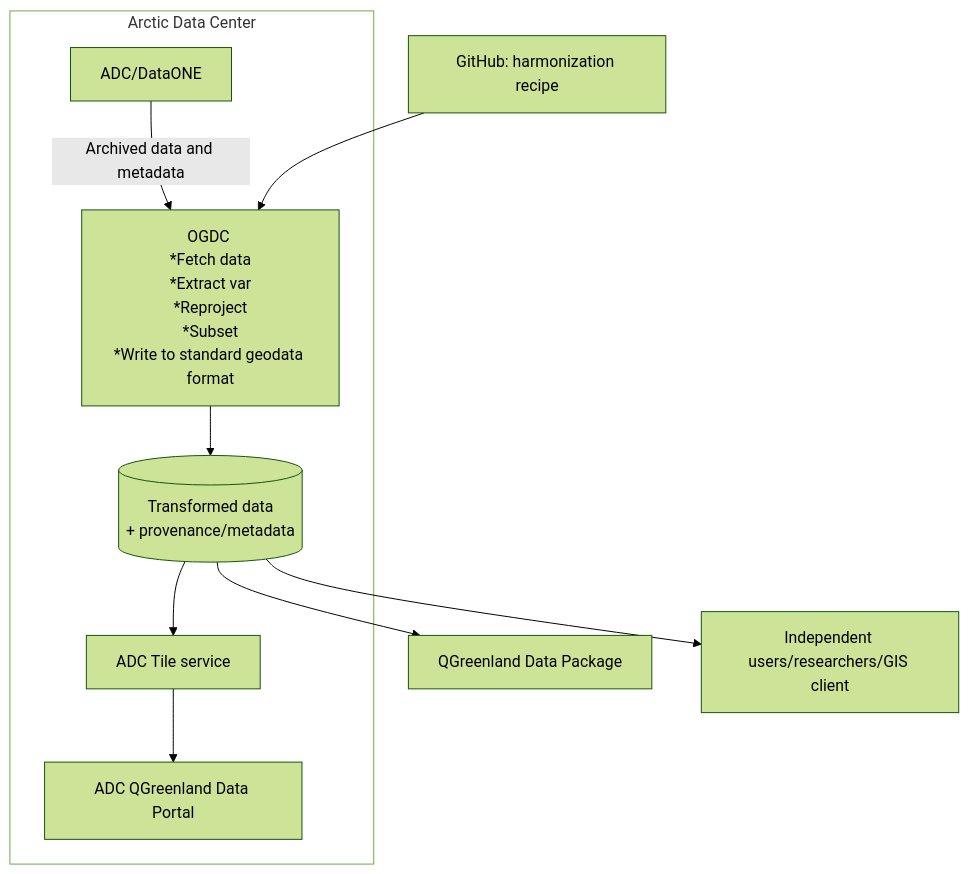
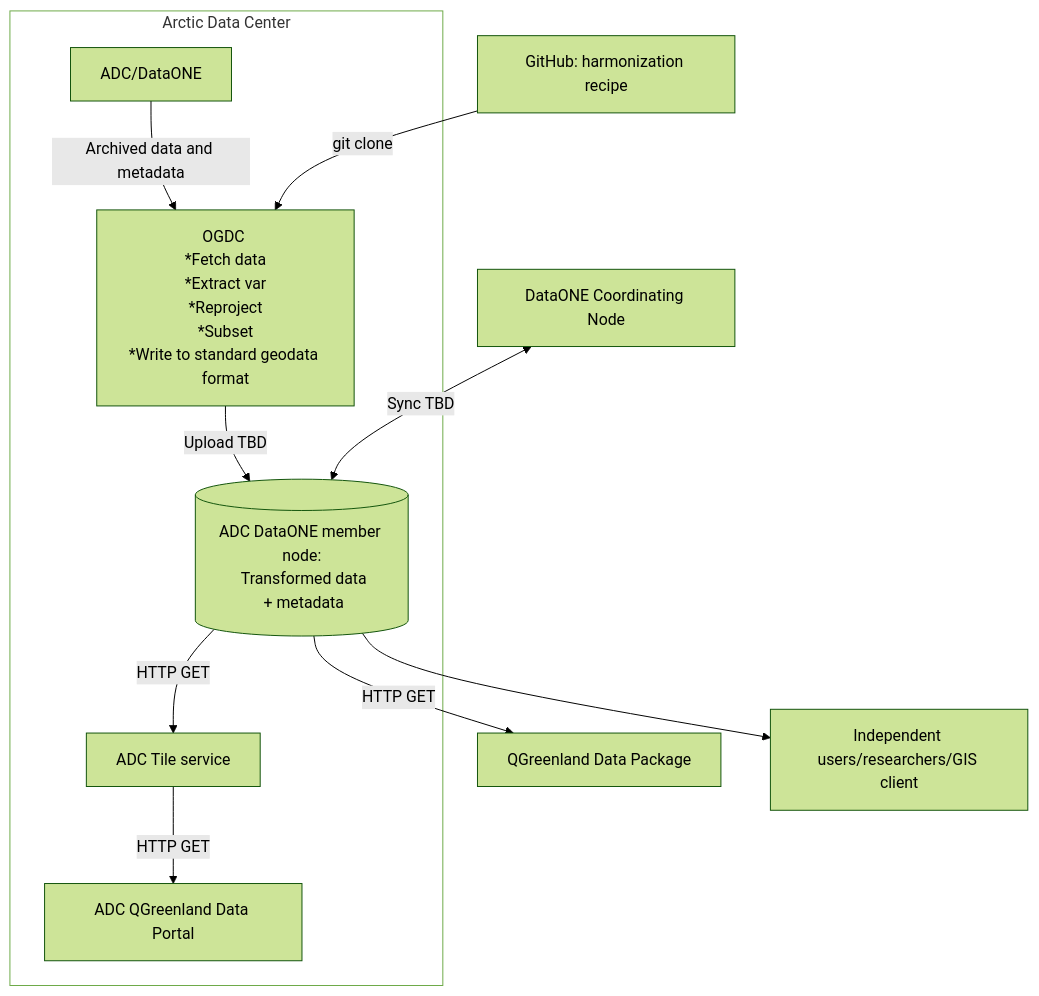
The diagram in diagrams/high-level-architecture.qmd (QGreenland-Net/qgreenland-net.github.io), drawn with Mermaid (forest theme) before and after one commit. The commit also changed other lines of this file, not shown here.

Commit message:
Clarify DataONE components and relationships

````diff
--- a/diagrams/high-level-architecture.qmd
+++ b/diagrams/high-level-architecture.qmd
@@ -6,23 +6,25 @@
 ```{mermaid}
 flowchart TD
   ADC[ADC/DataONE]
-  OGDC[OGDC </br>*Fetch data</br>*Extract var</br>*Reproject</br>*Subset</br>*Write to standard geodata format]
+  OGDC[OGDC <br/>*Fetch data<br/>*Extract var<br/>*Reproject<br/>*Subset<br/>*Write to standard geodata format]
   TILE_SERVICE[ADC Tile service]
-  DATA_STORE[(Transformed data</br> + provenance/metadata)]
+  DATA_STORE[(ADC DataONE member node:<br/> Transformed data<br/> + metadata)]
+  COORDINATING_NODE[DataONE Coordinating Node]
   WEB_PORTAL[ADC QGreenland Data Portal]
   RECIPE[GitHub: harmonization recipe]
   QGR[QGreenland Data Package]
   OTHER_CONSUMERS[Independent users/researchers/GIS client]
 
   subgraph ADC_SYSTEM[Arctic Data Center]
     ADC -->|Archived data and metadata| OGDC
-    OGDC --> DATA_STORE
-    DATA_STORE --> TILE_SERVICE
-    TILE_SERVICE --> WEB_PORTAL
+    OGDC -->|Upload TBD| DATA_STORE
+    DATA_STORE -->|HTTP GET| TILE_SERVICE
+    TILE_SERVICE -->|HTTP GET| WEB_PORTAL
   end
-  RECIPE --> OGDC
-  DATA_STORE --> QGR
+  RECIPE -->|git clone| OGDC
+  DATA_STORE -->|HTTP GET| QGR
   DATA_STORE --> OTHER_CONSUMERS
+  COORDINATING_NODE <-->|Sync TBD| DATA_STORE
 
   style ADC_SYSTEM fill:#FFFFFF;
 ```
````
